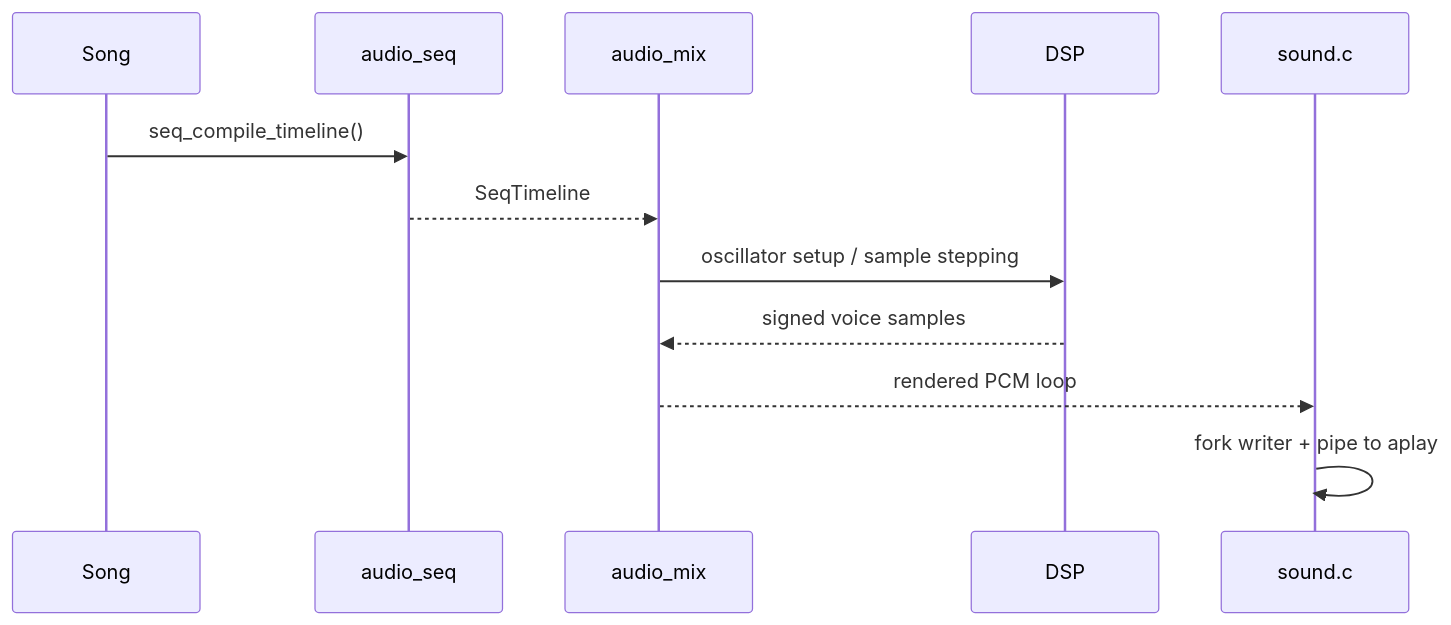
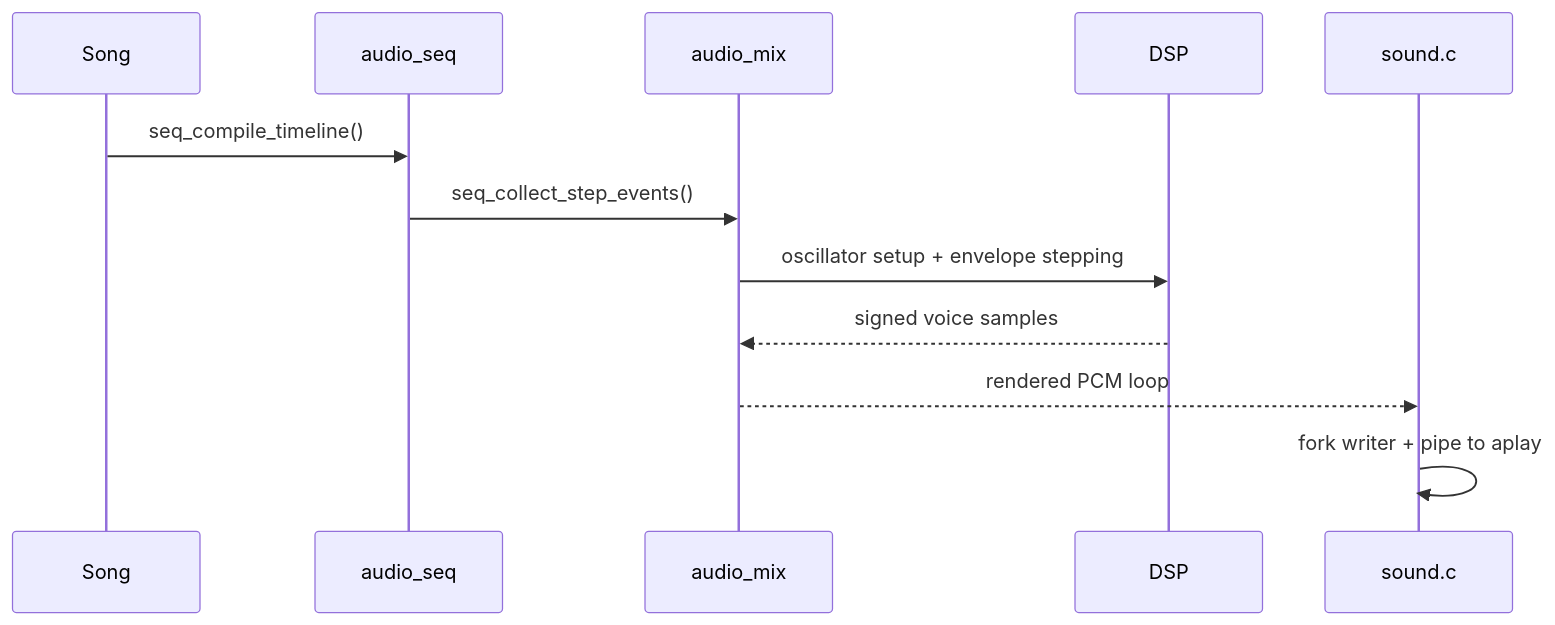
One commit to chussenot/memdeck changed the third of 3 diagrams in docs/audio-architecture.md. Above: the diagram before and after it, drawn with Mermaid. The commit also changed other lines of this file and 13 other files, not shown here.

First line of the commit message:
Add sequencer instrument layer with ADSR, modulation, presets, tests, and docs

````diff
--- a/docs/audio-architecture.md
+++ b/docs/audio-architecture.md
@@ -83,14 +85,14 @@
 ```mermaid
 sequenceDiagram
     participant Song
     participant Seq as audio_seq
     participant Mix as audio_mix
     participant DSP
     participant Backend as sound.c
     Song->>Seq: seq_compile_timeline()
-    Seq-->>Mix: SeqTimeline
-    Mix->>DSP: oscillator setup / sample stepping
+    Seq->>Mix: seq_collect_step_events()
+    Mix->>DSP: oscillator setup + envelope stepping
     DSP-->>Mix: signed voice samples
     Mix-->>Backend: rendered PCM loop
     Backend->>Backend: fork writer + pipe to aplay
 ```
````
